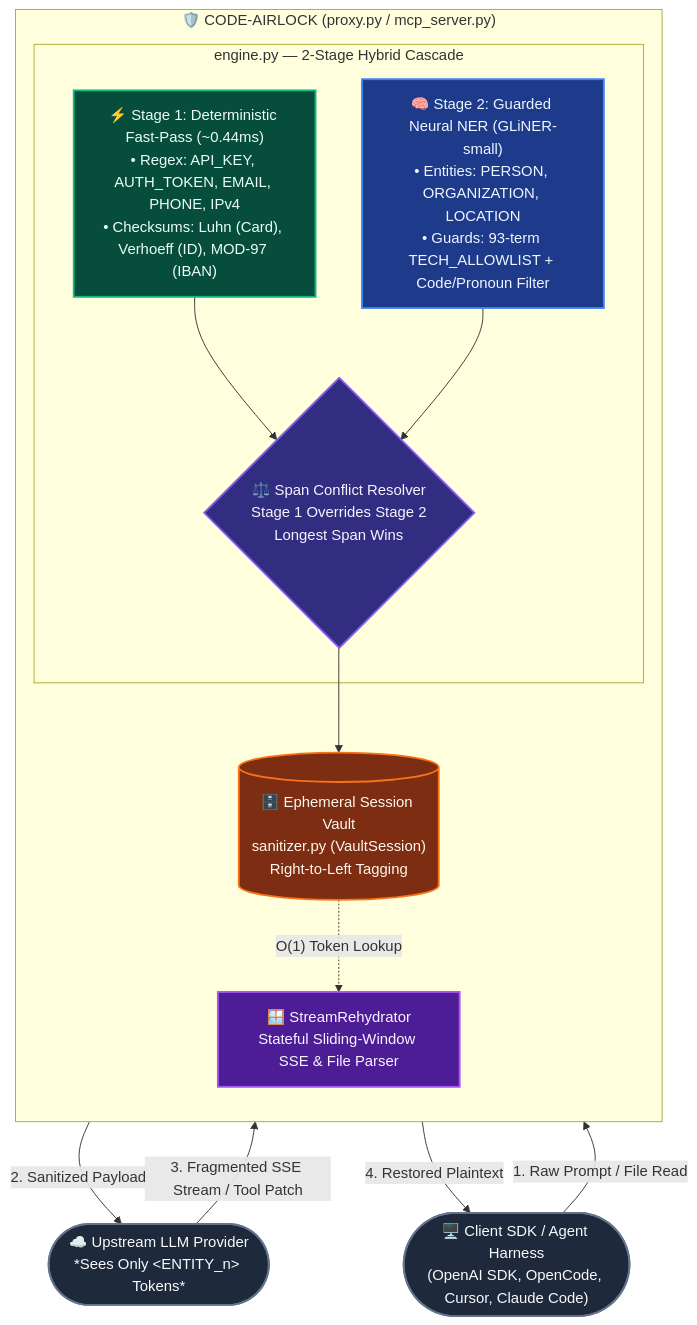
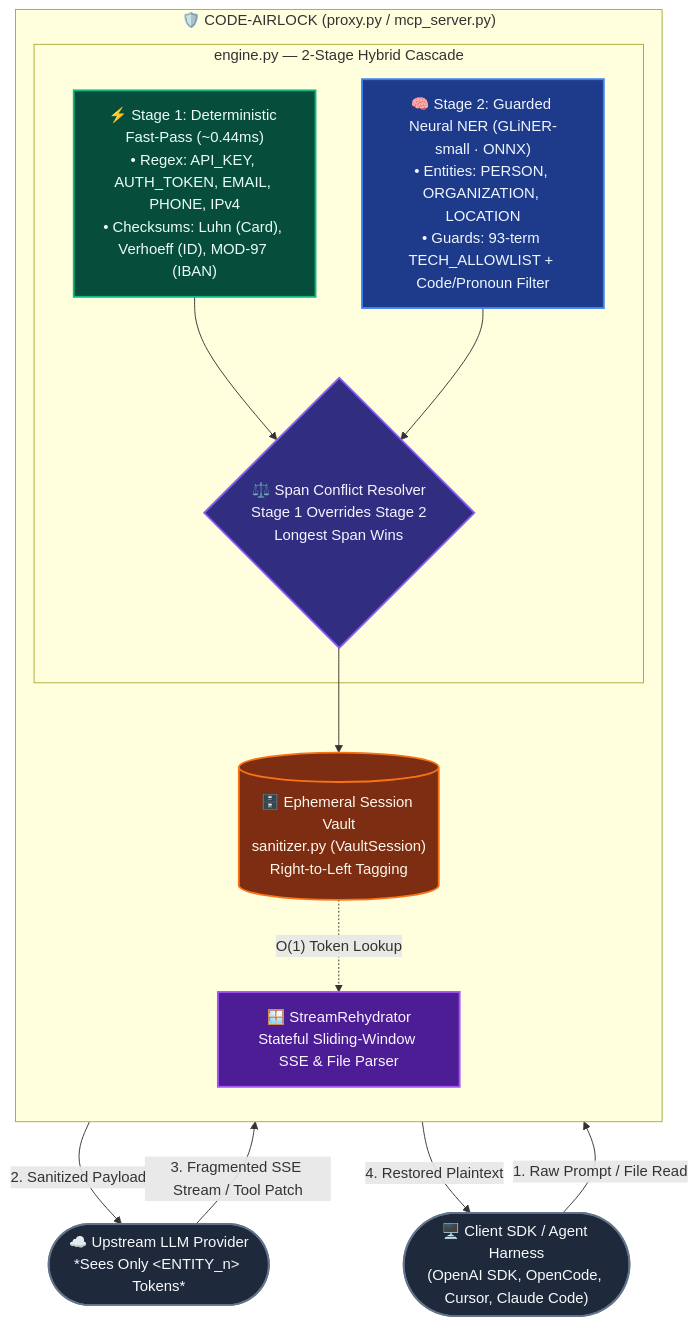
Before and after one commit to sarthexe/code-airlock: the diagram in README.md, drawn with Mermaid. The commit also changed other lines of this file and 7 other files, not shown here.

Commit message:
Release v1.4.0: pure ONNX Runtime NER, remove torch and gliner

````diff
--- a/README.md
+++ b/README.md
@@ -20,34 +20,34 @@
 ```mermaid
 flowchart TB
     classDef client fill:#1e293b,stroke:#64748b,stroke-width:2px,color:#f8fafc
     classDef stage1 fill:#064e3b,stroke:#10b981,stroke-width:2px,color:#ecfdf5
     classDef stage2 fill:#1e3a8a,stroke:#3b82f6,stroke-width:2px,color:#eff6ff
     classDef merger fill:#312e81,stroke:#8b5cf6,stroke-width:2px,color:#f5f3ff
     classDef vault fill:#7c2d12,stroke:#f97316,stroke-width:2px,color:#fff7ed
     classDef stream fill:#4c1d95,stroke:#a855f7,stroke-width:2px,color:#faf5ff
 
     Client(["🖥️ Client SDK / Agent Harness<br/>(OpenAI SDK, OpenCode, Cursor, Claude Code)"]):::client
 
     subgraph Airlock["🛡️ CODE-AIRLOCK (proxy.py / mcp_server.py)"]
         direction TB
         subgraph Cascade["engine.py — 2-Stage Hybrid Cascade"]
             S1["⚡ Stage 1: Deterministic Fast-Pass (~0.44ms)<br/>• Regex: API_KEY, AUTH_TOKEN, EMAIL, PHONE, IPv4<br/>• Checksums: Luhn (Card), Verhoeff (ID), MOD-97 (IBAN)"]:::stage1
-            S2["🧠 Stage 2: Guarded Neural NER (GLiNER-small)<br/>• Entities: PERSON, ORGANIZATION, LOCATION<br/>• Guards: 93-term TECH_ALLOWLIST + Code/Pronoun Filter"]:::stage2
+            S2["🧠 Stage 2: Guarded Neural NER (GLiNER-small · ONNX)<br/>• Entities: PERSON, ORGANIZATION, LOCATION<br/>• Guards: 93-term TECH_ALLOWLIST + Code/Pronoun Filter"]:::stage2
             Merger{"⚖️ Span Conflict Resolver<br/>Stage 1 Overrides Stage 2<br/>Longest Span Wins"}:::merger
             S1 & S2 --> Merger
         end
 
         Vault[("🗄️ Ephemeral Session Vault<br/>sanitizer.py (VaultSession)<br/>Right-to-Left Tagging")]:::vault
         Rehydrator["🪟 StreamRehydrator<br/>Stateful Sliding-Window SSE & File Parser"]:::stream
 
         Merger --> Vault
         Vault -.->|"O(1) Token Lookup"| Rehydrator
     end
 
     LLM(["☁️ Upstream LLM Provider<br/>*Sees Only &lt;ENTITY_n&gt; Tokens*"]):::client
 
     Client -->|"1. Raw Prompt / File Read"| Cascade
     Vault -->|"2. Sanitized Payload"| LLM
     LLM -->|"3. Fragmented SSE Stream / Tool Patch"| Rehydrator
     Rehydrator -->|"4. Restored Plaintext"| Client
 ```
````
